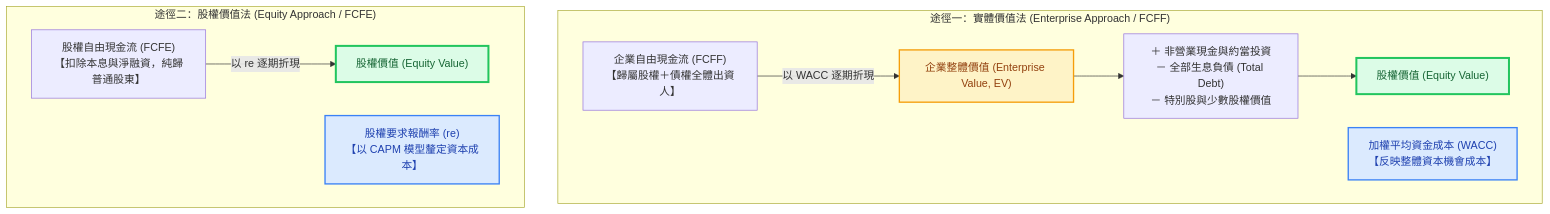
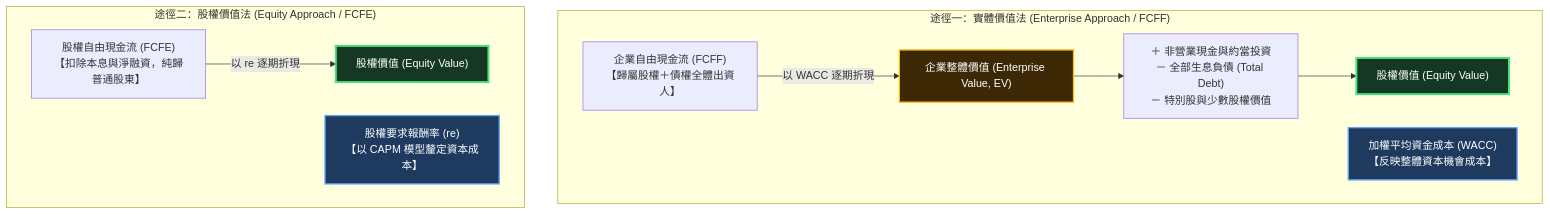
The diagram in src/site/notes/98_商業概念庫/dcf_現金流量折現法.md (Jimlin0428/my-digital-garden), drawn with Mermaid before and after one commit. The commit also changed 58 other files, not shown here.

````diff
--- a/src/site/notes/98_商業概念庫/dcf_現金流量折現法.md
+++ b/src/site/notes/98_商業概念庫/dcf_現金流量折現法.md
@@ -29,27 +29,27 @@
 ```mermaid
 flowchart TD
     subgraph FCFF_Path ["途徑一：實體價值法 (Enterprise Approach / FCFF)"]
         FCFF["企業自由現金流 (FCFF)<br>【歸屬股權＋債權全體出資人】"]
         WACC["加權平均資金成本 (WACC)<br>【反映整體資本機會成本】"]
         EV["企業整體價值 (Enterprise Value, EV)"]
         Bridge["＋ 非營業現金與約當投資<br>－ 全部生息負債 (Total Debt)<br>－ 特別股與少數股權價值"]
         EqV1["股權價值 (Equity Value)"]
         
         FCFF -->|"以 WACC 逐期折現"| EV
         EV --> Bridge --> EqV1
     end
 
     subgraph FCFE_Path ["途徑二：股權價值法 (Equity Approach / FCFE)"]
         FCFE["股權自由現金流 (FCFE)<br>【扣除本息與淨融資，純歸普通股東】"]
         Re["股權要求報酬率 (re)<br>【以 CAPM 模型釐定資本成本】"]
         EqV2["股權價值 (Equity Value)"]
         
         FCFE -->|"以 re 逐期折現"| EqV2
     end
 
-    style EV fill:#fef3c7,stroke:#f59e0b,stroke-width:2px,color:#92400e
-    style EqV1 fill:#dcfce7,stroke:#22c55e,stroke-width:3px,color:#166534
-    style EqV2 fill:#dcfce7,stroke:#22c55e,stroke-width:3px,color:#166534
-    style WACC fill:#dbeafe,stroke:#3b82f6,stroke-width:2px,color:#1e40af
-    style Re fill:#dbeafe,stroke:#3b82f6,stroke-width:2px,color:#1e40af
+    style EV fill:#3d2806,stroke:#fbbf24,stroke-width:2px,color:#ffffff
+    style EqV1 fill:#143823,stroke:#4ade80,stroke-width:3px,color:#ffffff
+    style EqV2 fill:#143823,stroke:#4ade80,stroke-width:3px,color:#ffffff
+    style WACC fill:#1e3a5f,stroke:#60a5fa,stroke-width:2px,color:#ffffff
+    style Re fill:#1e3a5f,stroke:#60a5fa,stroke-width:2px,color:#ffffff
 ```
````
